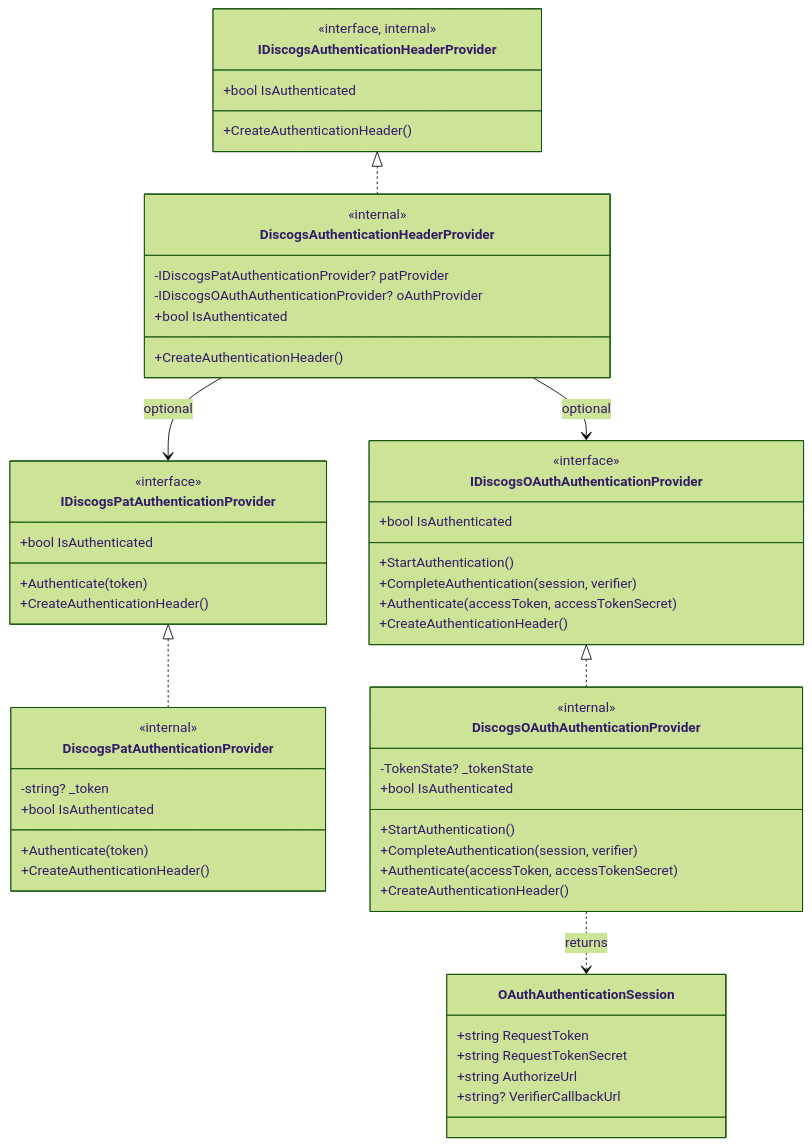
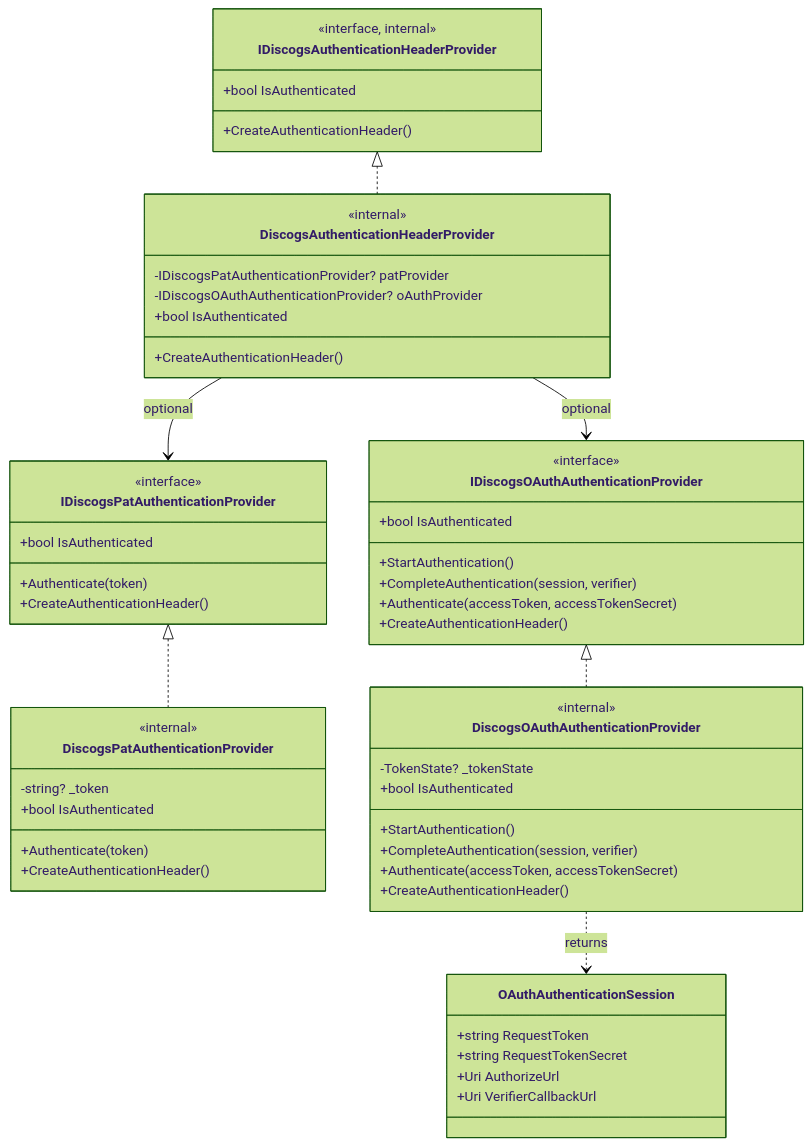
Before and after one commit to damidhagor/DiscogsApiClient: the second of 4 diagrams in docs/ARCHITECTURE.md, drawn with Mermaid (forest theme). The commit also changed 5 other files, not shown here.

````diff
--- a/docs/ARCHITECTURE.md
+++ b/docs/ARCHITECTURE.md
@@ -227,64 +227,64 @@
 ```mermaid
 classDiagram
     class IDiscogsAuthenticationHeaderProvider {
         <<interface, internal>>
         +bool IsAuthenticated
         +CreateAuthenticationHeader()
     }
 
     class DiscogsAuthenticationHeaderProvider {
         <<internal>>
         -IDiscogsPatAuthenticationProvider? patProvider
         -IDiscogsOAuthAuthenticationProvider? oAuthProvider
         +bool IsAuthenticated
         +CreateAuthenticationHeader()
     }
 
     class IDiscogsPatAuthenticationProvider {
         <<interface>>
         +bool IsAuthenticated
         +Authenticate(token)
         +CreateAuthenticationHeader()
     }
 
     class DiscogsPatAuthenticationProvider {
         <<internal>>
         -string? _token
         +bool IsAuthenticated
         +Authenticate(token)
         +CreateAuthenticationHeader()
     }
 
     class IDiscogsOAuthAuthenticationProvider {
         <<interface>>
         +bool IsAuthenticated
         +StartAuthentication()
         +CompleteAuthentication(session, verifier)
         +Authenticate(accessToken, accessTokenSecret)
         +CreateAuthenticationHeader()
     }
 
     class DiscogsOAuthAuthenticationProvider {
         <<internal>>
         -TokenState? _tokenState
         +bool IsAuthenticated
         +StartAuthentication()
         +CompleteAuthentication(session, verifier)
         +Authenticate(accessToken, accessTokenSecret)
         +CreateAuthenticationHeader()
     }
 
     class OAuthAuthenticationSession {
         +string RequestToken
         +string RequestTokenSecret
-        +string AuthorizeUrl
-        +string? VerifierCallbackUrl
+        +Uri AuthorizeUrl
+        +Uri VerifierCallbackUrl
     }
 
     IDiscogsAuthenticationHeaderProvider <|.. DiscogsAuthenticationHeaderProvider
     DiscogsAuthenticationHeaderProvider --> IDiscogsPatAuthenticationProvider : optional
     DiscogsAuthenticationHeaderProvider --> IDiscogsOAuthAuthenticationProvider : optional
     IDiscogsPatAuthenticationProvider <|.. DiscogsPatAuthenticationProvider
     IDiscogsOAuthAuthenticationProvider <|.. DiscogsOAuthAuthenticationProvider
     DiscogsOAuthAuthenticationProvider ..> OAuthAuthenticationSession : returns
 ```
````
